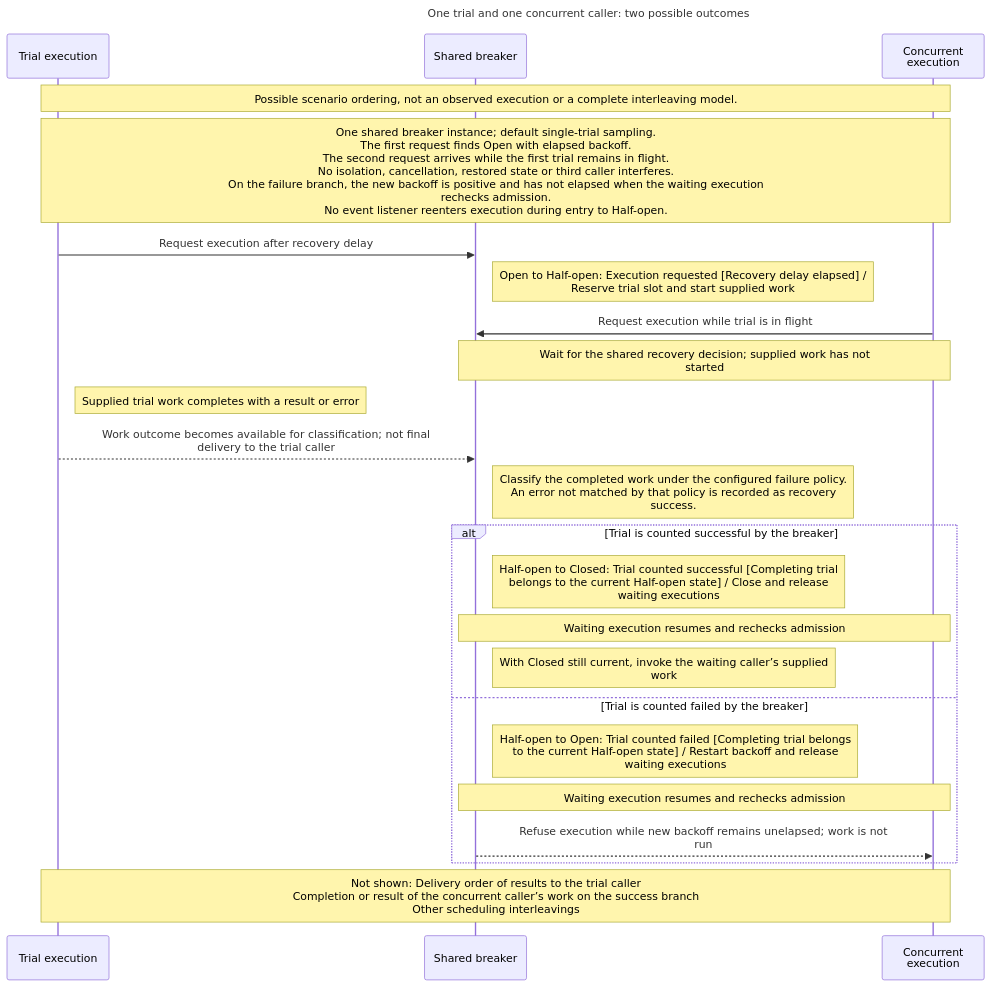
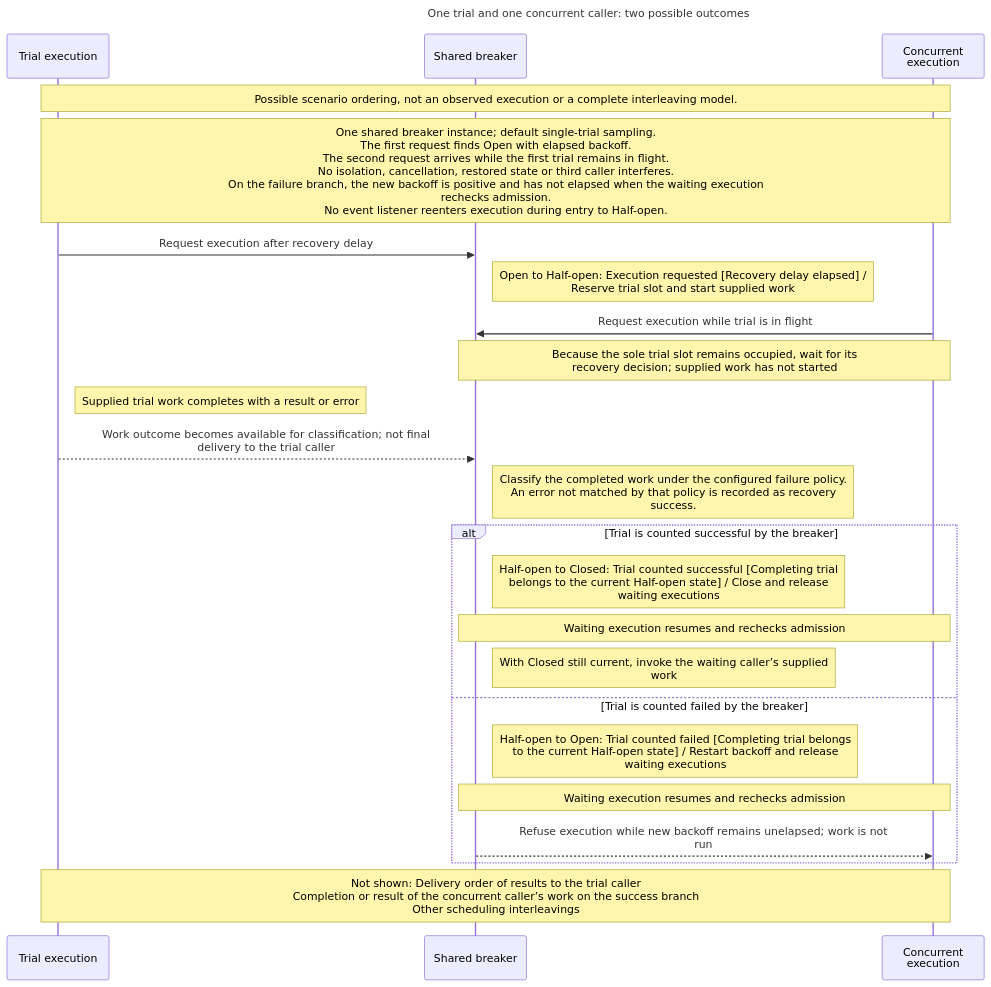
The diagram in notes/structured-account-example/concurrent-callers.mmd (ronen/postcode), drawn with Mermaid before and after one commit. The commit also changed 17 other files, not shown here.

```diff
--- a/notes/structured-account-example/concurrent-callers.mmd
+++ b/notes/structured-account-example/concurrent-callers.mmd
@@ -1,26 +1,26 @@
 ---
 title: "One trial and one concurrent caller: two possible outcomes"
 ---
 sequenceDiagram
   participant trial as Trial execution
   participant breaker as Shared breaker
   participant caller as Concurrent<br/>execution
   Note over trial,caller: Possible scenario ordering, not an observed execution or a complete interleaving model.
   Note over trial,caller: One shared breaker instance#59; default single-trial sampling.<br/>The first request finds Open with elapsed backoff.<br/>The second request arrives while the first trial remains in flight.<br/>No isolation, cancellation, restored state or third caller interferes.<br/>On the failure branch, the new backoff is positive and has not elapsed when the waiting execution<br/>rechecks admission.<br/>No event listener reenters execution during entry to Half-open.
   trial->>breaker: Request execution after recovery delay
   Note right of breaker: Open to Half-open: Execution requested [Recovery delay elapsed] /<br/>Reserve trial slot and start supplied work
   caller->>breaker: Request execution while trial is in flight
-  Note over breaker,caller: Wait for the shared recovery decision#59; supplied work has not<br/>started
+  Note over breaker,caller: Because the sole trial slot remains occupied, wait for its<br/>recovery decision#59; supplied work has not started
   Note right of trial: Supplied trial work completes with a result or error
   trial-->>breaker: Work outcome becomes available for classification#59; not final<br/>delivery to the trial caller
   Note right of breaker: Classify the completed work under the configured failure policy.<br/>An error not matched by that policy is recorded as recovery<br/>success.
   alt Trial is counted successful by the breaker
   Note right of breaker: Half-open to Closed: Trial counted successful [Completing trial<br/>belongs to the current Half-open state] / Close and release<br/>waiting executions
   Note over breaker,caller: Waiting execution resumes and rechecks admission
   Note right of breaker: With Closed still current, invoke the waiting caller’s supplied<br/>work
   else Trial is counted failed by the breaker
   Note right of breaker: Half-open to Open: Trial counted failed [Completing trial belongs<br/>to the current Half-open state] / Restart backoff and release<br/>waiting executions
   Note over breaker,caller: Waiting execution resumes and rechecks admission
   breaker-->>caller: Refuse execution while new backoff remains unelapsed#59; work is not<br/>run
   end
   Note over trial,caller: Not shown: Delivery order of results to the trial caller<br/>Completion or result of the concurrent caller’s work on the success branch<br/>Other scheduling interleavings
```
